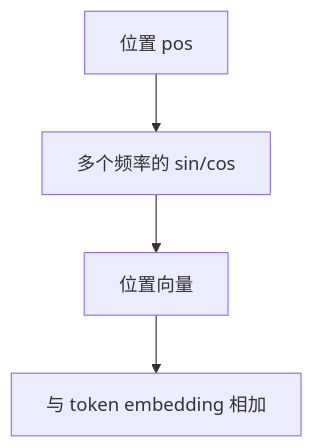
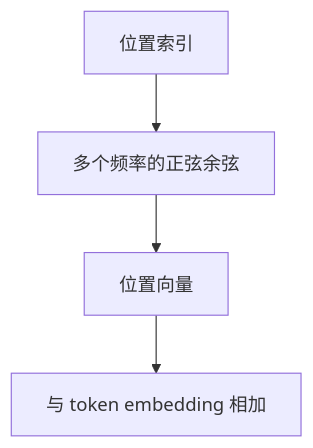
One commit to xiaoqianbaobao/ai-guide changed the third of 3 diagrams in docs/01-llm-foundations/chapter-02-token-embedding-position.md. Above: the diagram before and after it, drawn with Mermaid. The commit also changed other lines of this file and 14 other files, not shown here.

Commit message:
修复前端mermaid语法错误问题

````diff
--- a/docs/01-llm-foundations/chapter-02-token-embedding-position.md
+++ b/docs/01-llm-foundations/chapter-02-token-embedding-position.md
@@ -191,6 +191,6 @@
 ```mermaid
 flowchart TD
-    A[位置 pos] --> B[多个频率的 sin/cos]
+    A[位置索引] --> B[多个频率的正弦余弦]
     B --> C[位置向量]
     C --> D[与 token embedding 相加]
 ```
````
